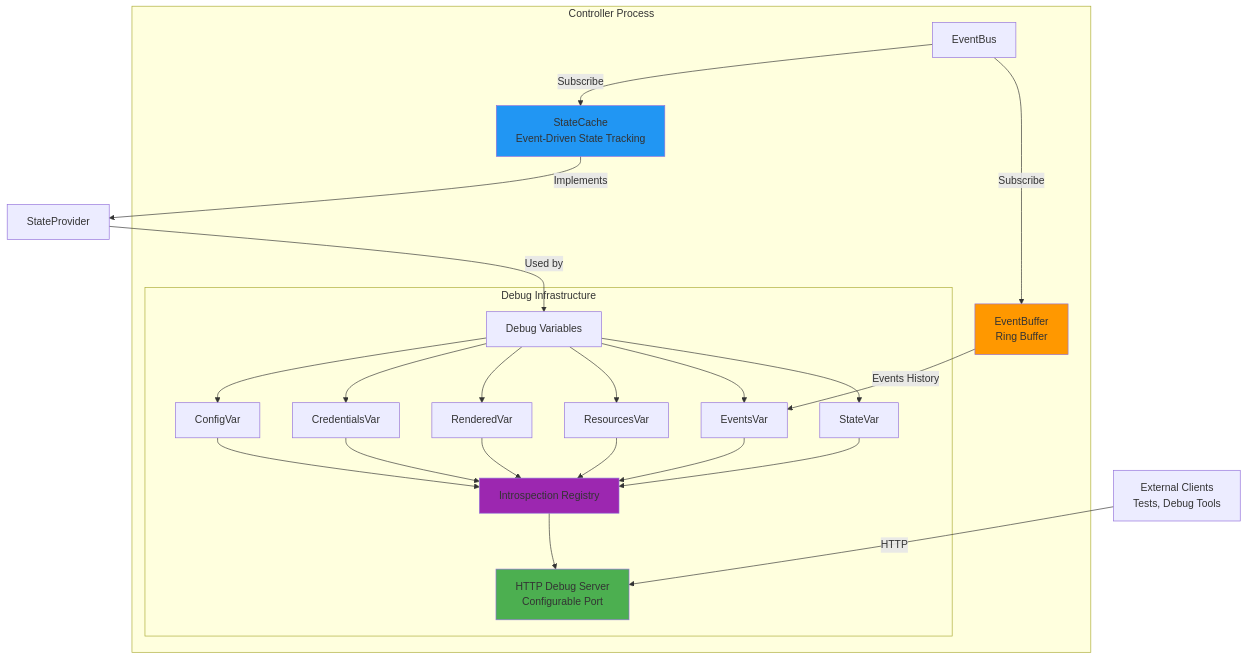
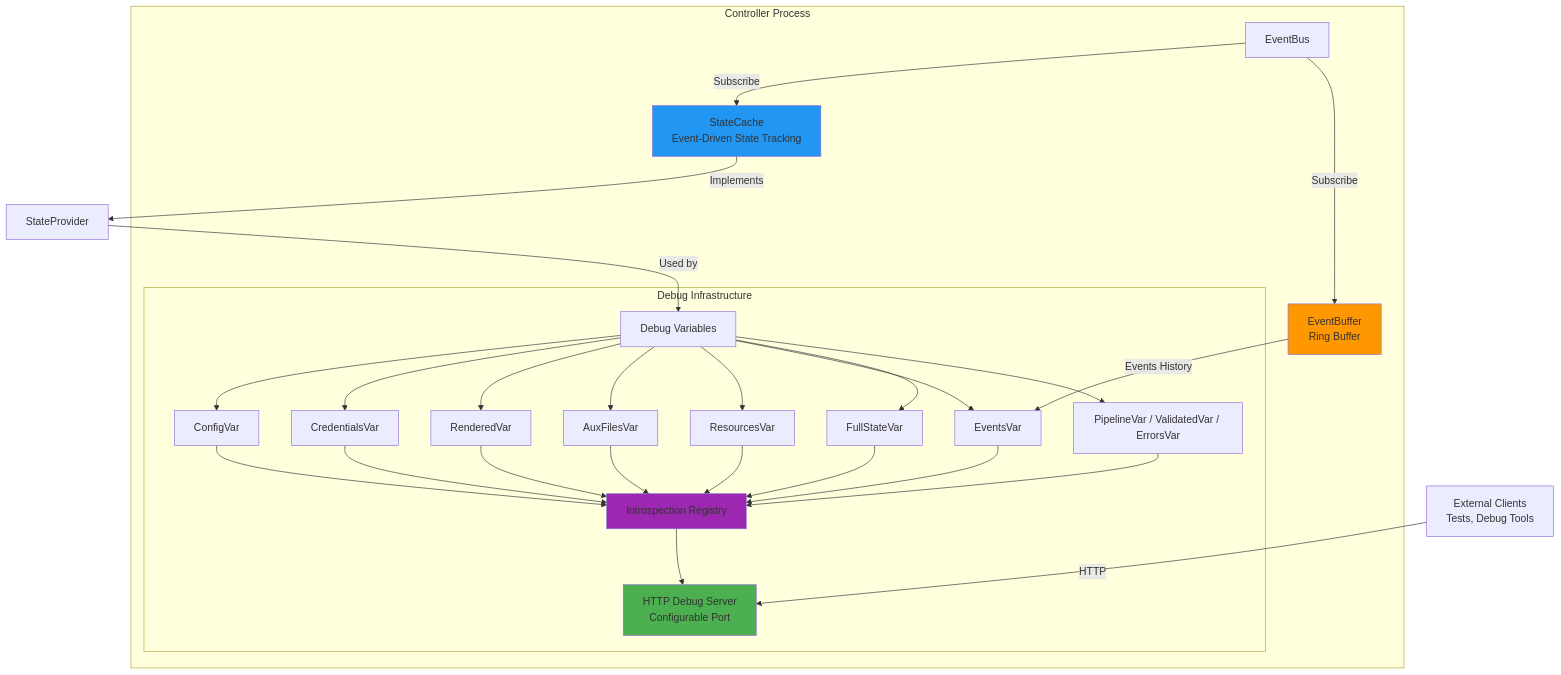
One commit to HAProxy-Template-IC/haproxy-template-ingress-controller changed the diagram in docs/controller/docs/development/design/introspection.md. Above: the diagram before and after it, drawn with Mermaid. The commit also changed other lines of this file and 71 other files, not shown here.

Commit message:
docs: fix drift and align with current CRD, metrics, and chart defaults

````diff
--- a/docs/controller/docs/development/design/introspection.md
+++ b/docs/controller/docs/development/design/introspection.md
@@ -7,50 +7,56 @@
 ```mermaid
 graph TB
     subgraph "Controller Process"
         EB[EventBus]
         SC[StateCache<br/>Event-Driven State Tracking]
         EVB[EventBuffer<br/>Ring Buffer]
 
         subgraph "Debug Infrastructure"
             REG[Introspection Registry]
             HTTP[HTTP Debug Server<br/>Configurable Port]
 
             VARS[Debug Variables]
             CONFIG[ConfigVar]
             CREDS[CredentialsVar]
             REND[RenderedVar]
+            AUX[AuxFilesVar]
             RES[ResourcesVar]
             EVENTS[EventsVar]
-            STATE[StateVar]
+            STATE[FullStateVar]
+            PIPE[PipelineVar / ValidatedVar / ErrorsVar]
         end
     end
 
     EB -->|Subscribe| SC
     EB -->|Subscribe| EVB
     SC -->|Implements| SP[StateProvider]
     SP -->|Used by| VARS
     EVB -->|Events History| EVENTS
 
     VARS --> CONFIG
     VARS --> CREDS
     VARS --> REND
+    VARS --> AUX
     VARS --> RES
     VARS --> EVENTS
     VARS --> STATE
+    VARS --> PIPE
 
     CONFIG --> REG
     CREDS --> REG
     REND --> REG
+    AUX --> REG
     RES --> REG
     EVENTS --> REG
     STATE --> REG
+    PIPE --> REG
 
     REG --> HTTP
 
     EXT[External Clients<br/>Tests, Debug Tools] -->|HTTP| HTTP
 
     style HTTP fill:#4CAF50
     style SC fill:#2196F3
     style EVB fill:#FF9800
     style REG fill:#9C27B0
 ```
````
